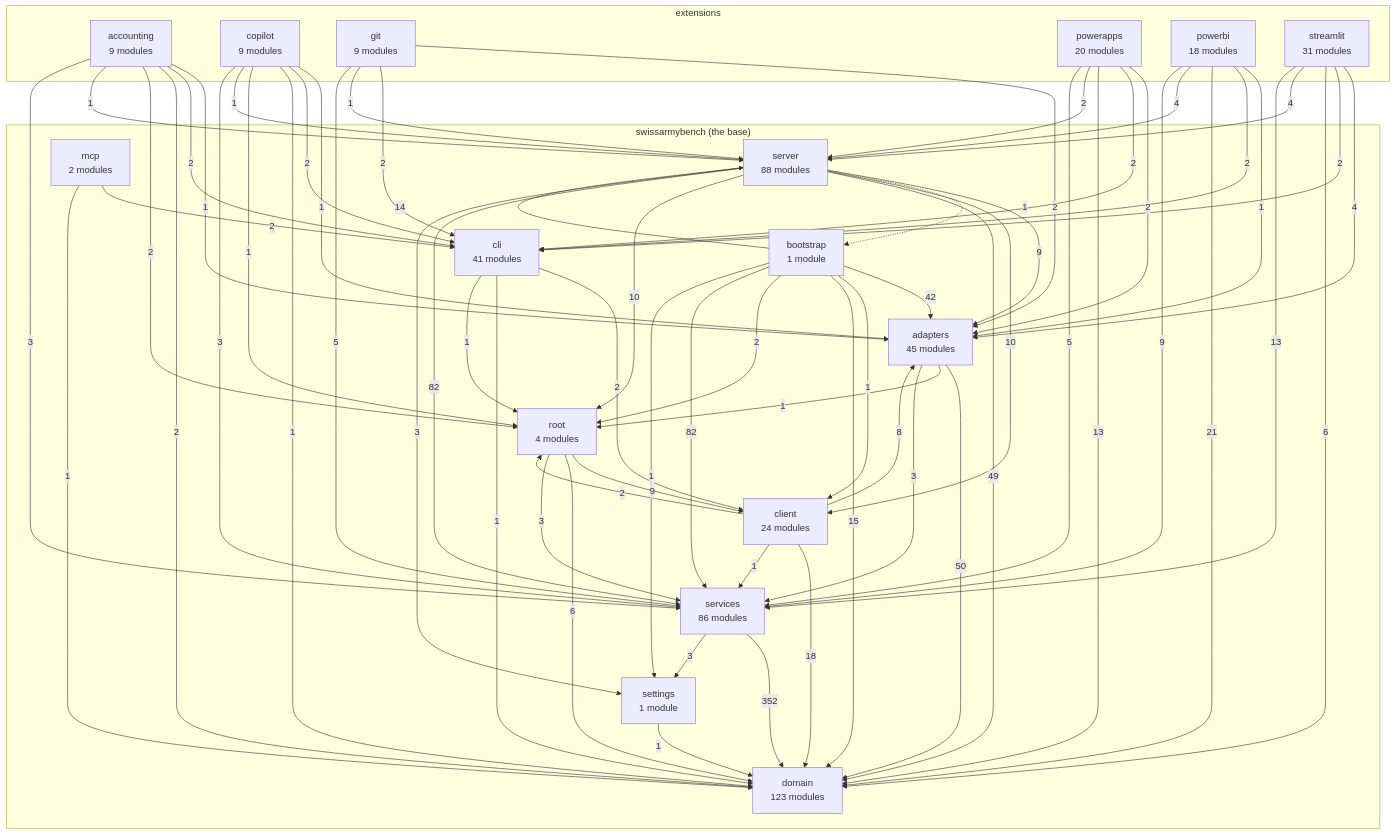
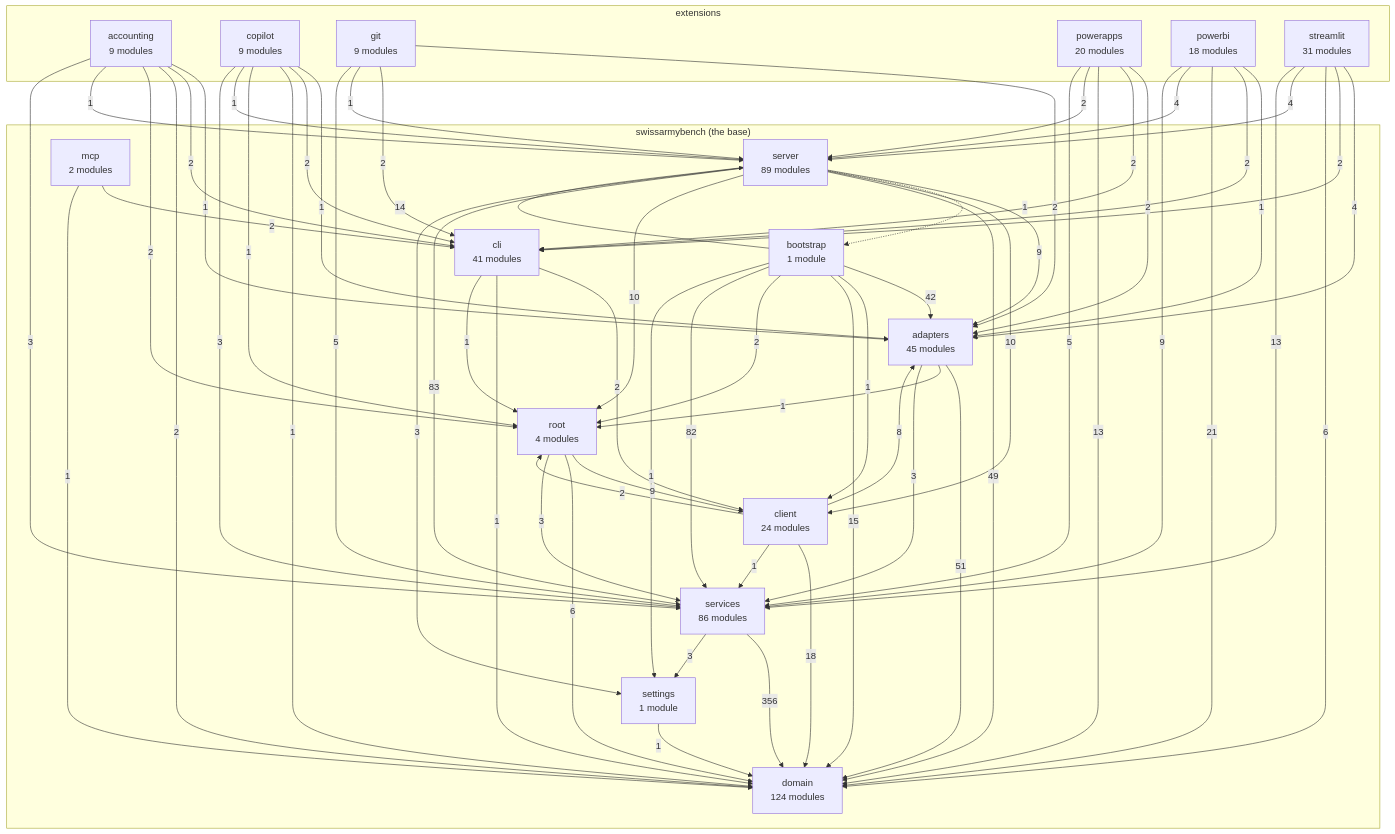
The diagram in docs/architecture-map.md (DylanCodyBrown/SwissArmyBench), drawn with Mermaid before and after one commit. The commit also changed other lines of this file and 36 other files, not shown here.

````diff
--- a/docs/architecture-map.md
+++ b/docs/architecture-map.md
@@ -17,14 +17,14 @@
 ```mermaid
 flowchart TB
     subgraph base["swissarmybench (the base)"]
-        domain["domain<br/>123 modules"]
+        domain["domain<br/>124 modules"]
         settings["settings<br/>1 module"]
         services["services<br/>86 modules"]
         adapters["adapters<br/>45 modules"]
         cli["cli<br/>41 modules"]
         client["client<br/>24 modules"]
         root["root<br/>4 modules"]
-        server["server<br/>88 modules"]
+        server["server<br/>89 modules"]
         bootstrap["bootstrap<br/>1 module"]
         mcp["mcp<br/>2 modules"]
     end
@@ -36,7 +36,7 @@
         ext_powerbi["powerbi<br/>18 modules"]
         ext_streamlit["streamlit<br/>31 modules"]
     end
-    adapters -->|50| domain
+    adapters -->|51| domain
     adapters -->|1| root
     adapters -->|3| services
     bootstrap -->|42| adapters
@@ -94,9 +94,9 @@
     server -->|10| client
     server -->|49| domain
     server -->|10| root
-    server -->|82| services
+    server -->|83| services
     server -->|3| settings
-    services -->|352| domain
+    services -->|356| domain
     services -->|3| settings
     settings -->|1| domain
 ```
````
